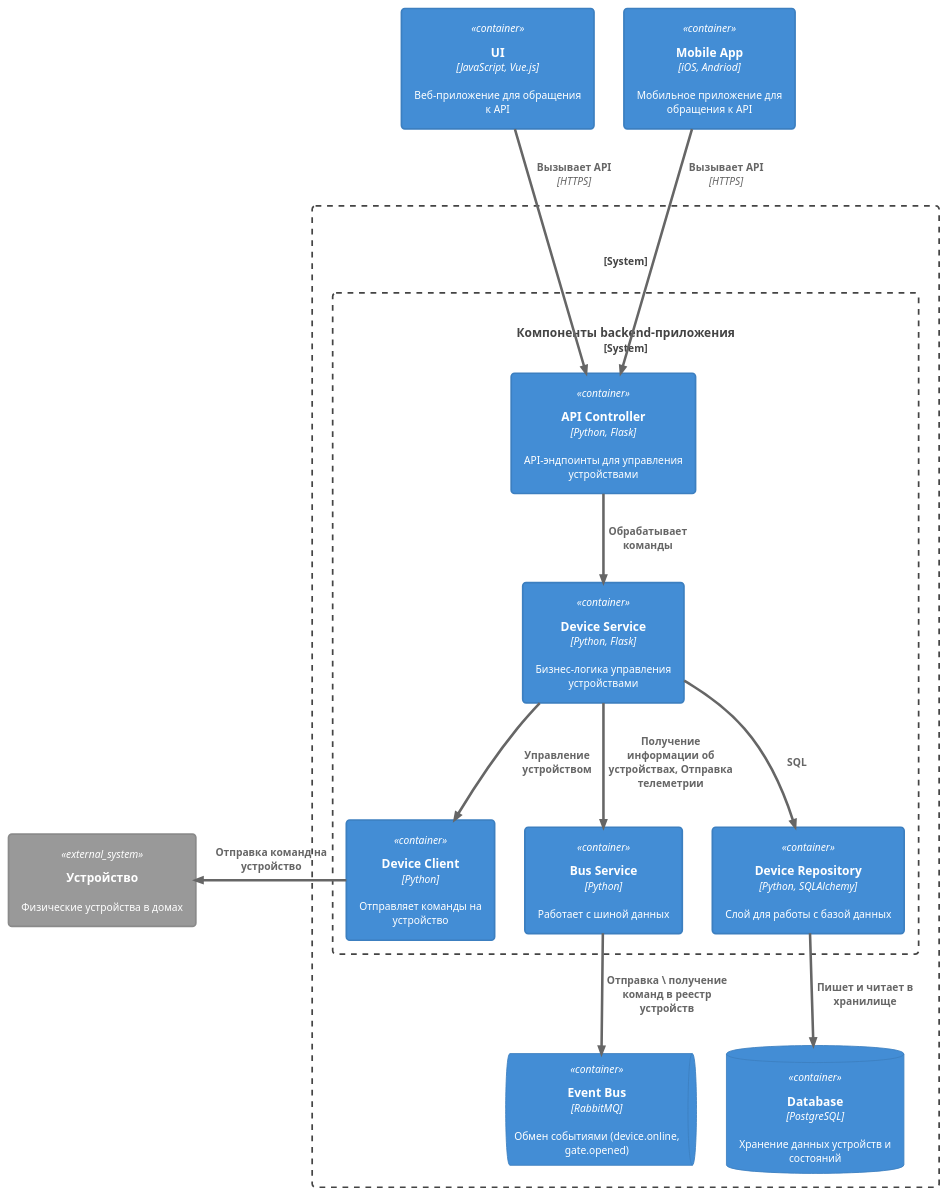
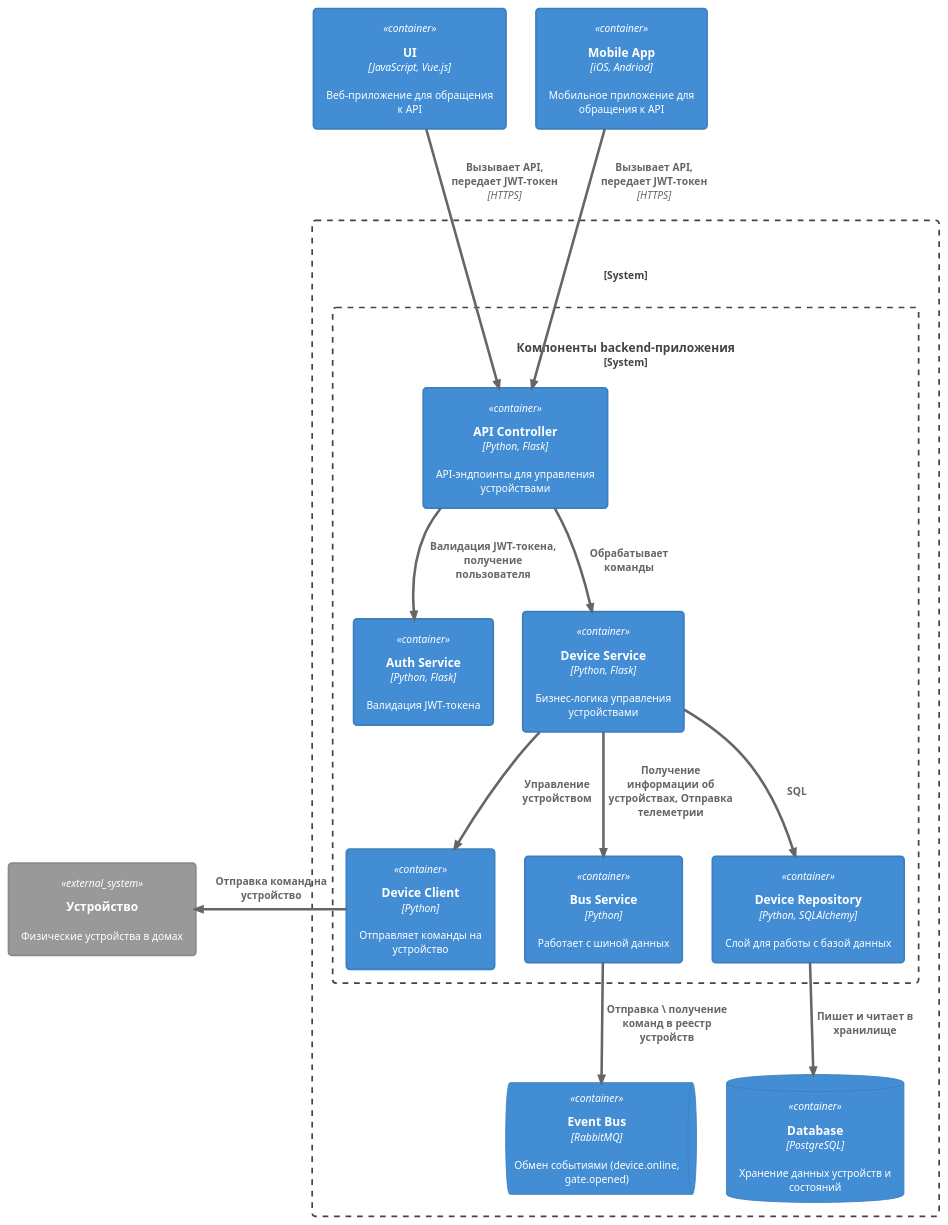
The diagram in diagrams/src/component/device.wsd (AlexDmitriev/architecture-pro-warmhouse), drawn with PlantUML before and after one commit. The commit also changed 13 other files, not shown here.

```diff
--- a/diagrams/src/component/device.wsd
+++ b/diagrams/src/component/device.wsd
@@ -1,38 +1,40 @@
 @startuml
 !theme cerulean
 !include https://raw.githubusercontent.com/plantuml-stdlib/C4-PlantUML/master/C4_Container.puml
 
 Container(ui, "UI", "JavaScript, Vue.js", "Веб-приложение для обращения к API")
 Container(mobile, "Mobile App", "iOS, Andriod", "Мобильное приложение для обращения к API")
 
 System_Boundary(c0, "") {
 
   System_Boundary(c1, "Компоненты backend-приложения") {
     Container(apiController, "API Controller", "Python, Flask", "API-эндпоинты для управления устройствами")
+    Container(authService, "Auth Service", "Python, Flask", "Валидация JWT-токена")
     Container(deviceService, "Device Service", "Python, Flask", "Бизнес-логика управления устройствами")
     Container(deviceClient, "Device Client", "Python", "Отправляет команды на устройство")
     Container(bus, "Bus Service", "Python", "Работает с шиной данных")
     Container(deviceRepository, "Device Repository", "Python, SQLAlchemy", "Слой для работы с базой данных")
   }
   
   ContainerDb(database, "Database", "PostgreSQL", "Хранение данных устройств и состояний")
   ContainerQueue(eventBus, "Event Bus", "RabbitMQ", "Обмен событиями (device.online, gate.opened)")
 }
 
 System_Ext(device, "Устройство", "Физические устройства в домах")
 
-Rel(ui, apiController, "Вызывает API", "HTTPS")
-Rel(mobile, apiController, "Вызывает API", "HTTPS")
+Rel(ui, apiController, "Вызывает API, передает JWT-токен", "HTTPS")
+Rel(mobile, apiController, "Вызывает API, передает JWT-токен", "HTTPS")
 
-Rel(apiController, deviceService, "Обрабатывает команды ")
+Rel(apiController, authService, "Валидация JWT-токена, получение пользователя")
+Rel(apiController, deviceService, "Обрабатывает команды")
 
 Rel_D(deviceService, bus, "Получение информации об устройствах, Отправка телеметрии")
 Rel(deviceService, deviceRepository, "SQL")
 Rel(deviceService, deviceClient, "Управление устройством")
 Rel_L(deviceClient, device, "Отправка команд на устройство")
 
 Rel(bus, eventBus, "Отправка \ получение команд в реестр устройств")
 Rel_D(deviceRepository, database, "Пишет и читает в хранилище")
 
 
 @enduml
```
